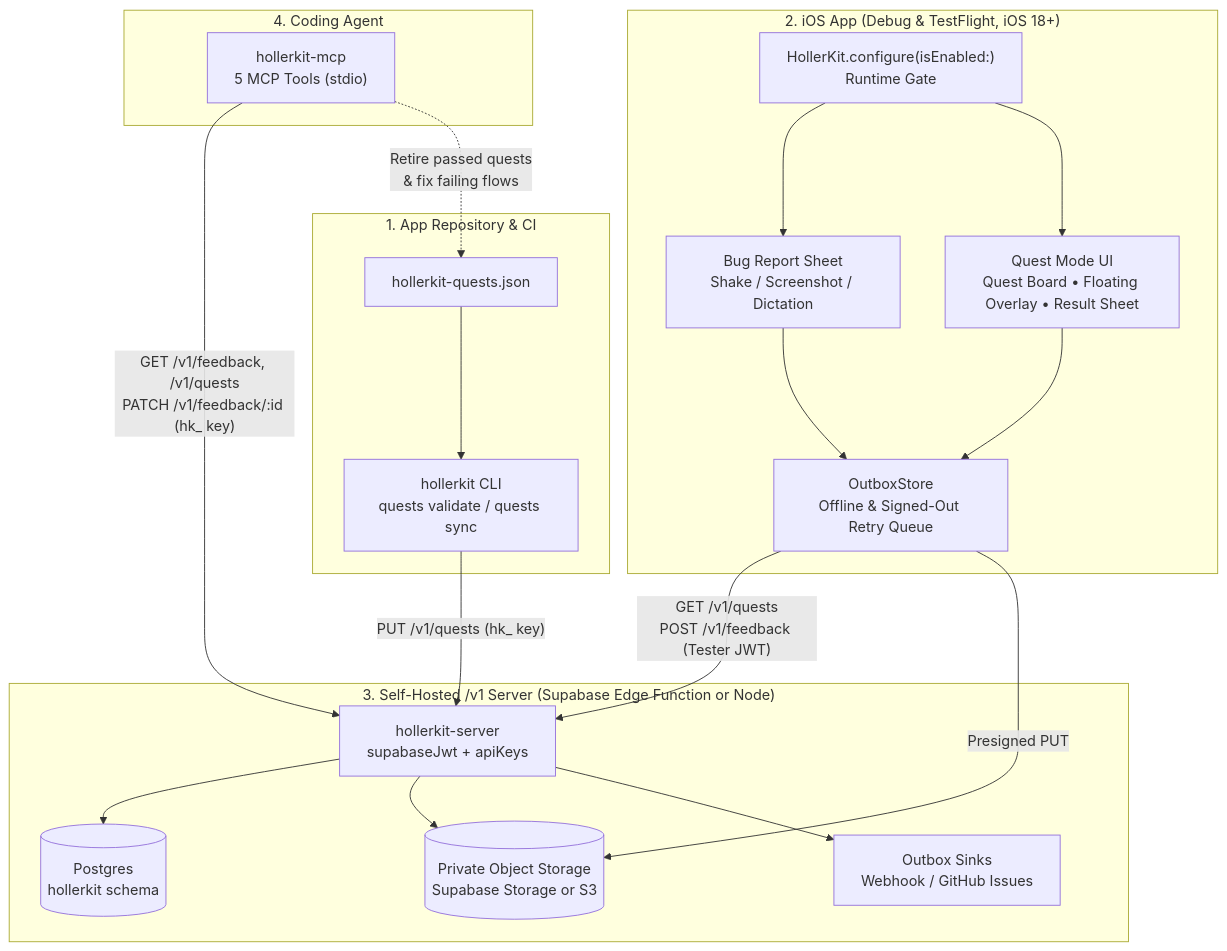
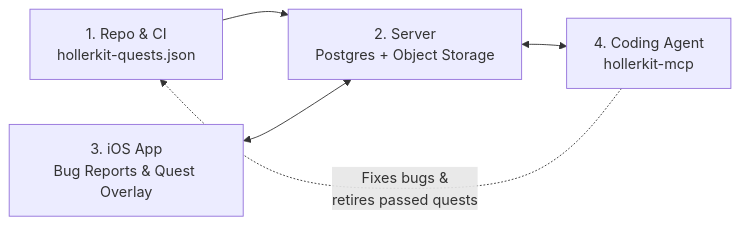
The diagram in README.md (Liampronan/HollerKit), drawn with Mermaid before and after one commit. The commit also changed other lines of this file and 3 other files, not shown here.

````diff
--- a/README.md
+++ b/README.md
@@ -22,39 +21,7 @@
 ```mermaid
-flowchart TB
-    subgraph Repo["1. App Repository & CI"]
-        Manifest["hollerkit-quests.json"]
-        CLI["hollerkit CLI<br/>quests validate / quests sync"]
-        Manifest --> CLI
-    end
-
-    subgraph iOS["2. iOS App (Debug & TestFlight, iOS 18+)"]
-        Gate["HollerKit.configure(isEnabled:)<br/>Runtime Gate"]
-        BugSheet["Bug Report Sheet<br/>Shake / Screenshot / Dictation"]
-        QuestUI["Quest Mode UI<br/>Quest Board • Floating Overlay • Result Sheet"]
-        Outbox["OutboxStore<br/>Offline & Signed-Out Retry Queue"]
-        Gate --> BugSheet
-        Gate --> QuestUI
-        BugSheet --> Outbox
-        QuestUI --> Outbox
-    end
-
-    subgraph Backend["3. Self-Hosted /v1 Server (Supabase Edge Function or Node)"]
-        Server["hollerkit-server<br/>supabaseJwt + apiKeys"]
-        PG[("Postgres<br/>hollerkit schema")]
-        Obj[("Private Object Storage<br/>Supabase Storage or S3")]
-        Sinks["Outbox Sinks<br/>Webhook / GitHub Issues"]
-        Server --> PG
-        Server --> Obj
-        Server --> Sinks
-    end
-
-    subgraph Agent["4. Coding Agent"]
-        MCP["hollerkit-mcp<br/>5 MCP Tools (stdio)"]
-    end
-
-    CLI -- "PUT /v1/quests (hk_ key)" --> Server
-    Outbox -- "GET /v1/quests<br/>POST /v1/feedback (Tester JWT)" --> Server
-    Outbox -- "Presigned PUT" --> Obj
-    MCP -- "GET /v1/feedback, /v1/quests<br/>PATCH /v1/feedback/:id (hk_ key)" --> Server
-    MCP -. "Retire passed quests<br/>& fix failing flows" .-> Manifest
+flowchart LR
+    Repo["1. Repo & CI<br/>hollerkit-quests.json"] --> Server["2. Server<br/>Postgres + Object Storage"]
+    iOS["3. iOS App<br/>Bug Reports & Quest Overlay"] <--> Server
+    Server <--> Agent["4. Coding Agent<br/>hollerkit-mcp"]
+    Agent -. "Fixes bugs &<br/>retires passed quests" .-> Repo
 ```
````
